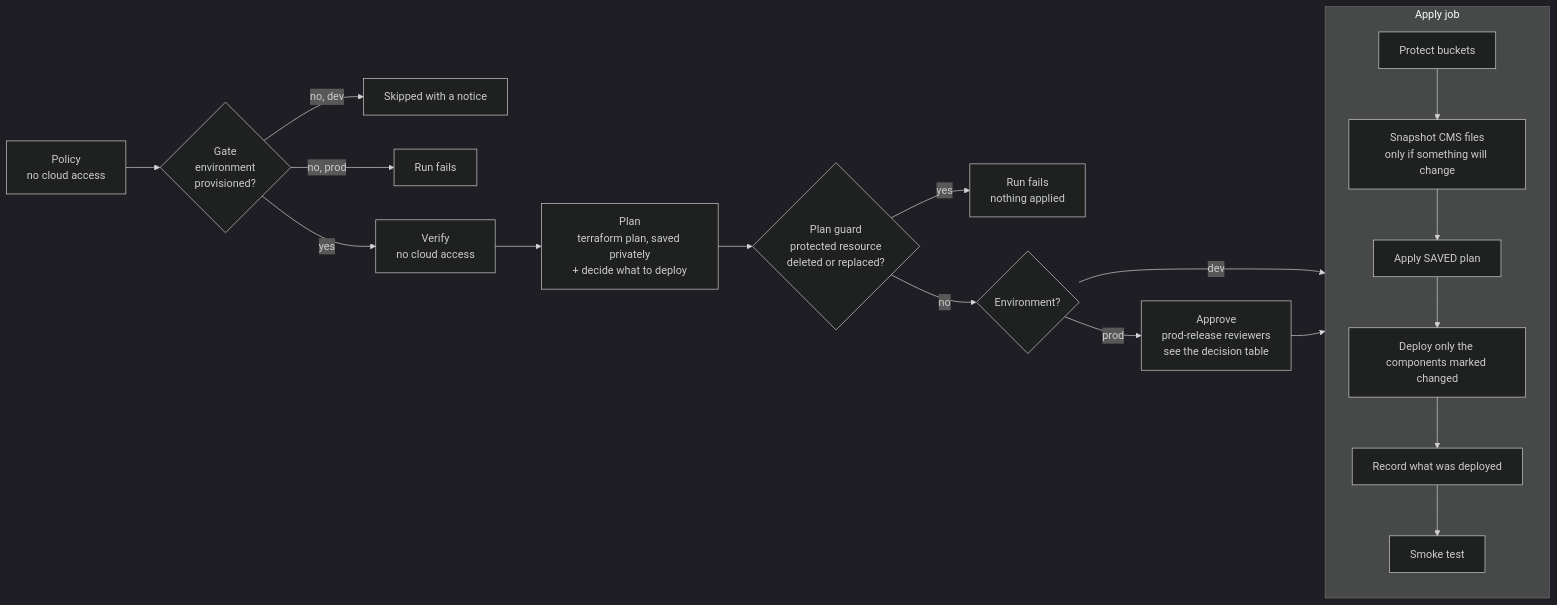
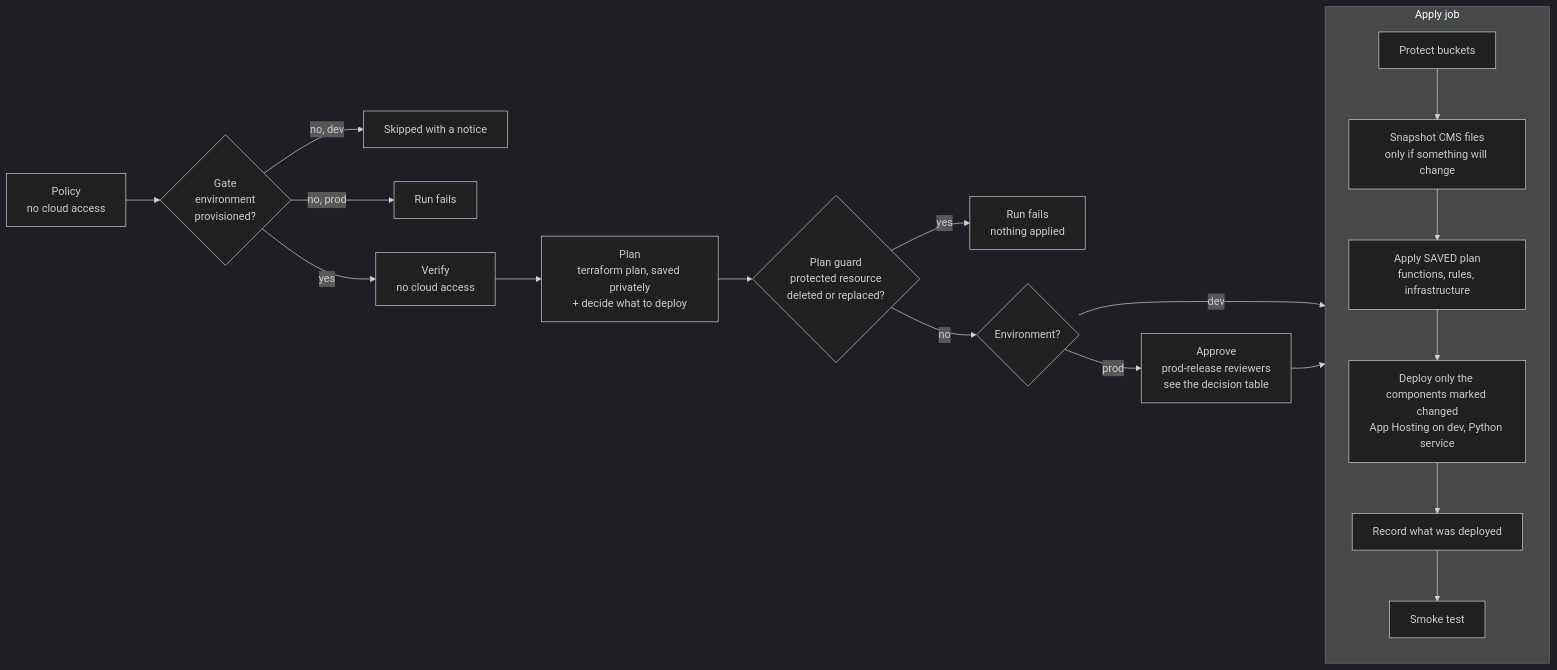
Before and after one commit to AbhirupGhosh92/beatrix.ai: the diagram in docs/DEPLOYMENT.md, drawn with Mermaid (dark theme). The commit also changed other lines of this file and 33 other files, not shown here.

````diff
--- a/docs/DEPLOYMENT.md
+++ b/docs/DEPLOYMENT.md
@@ -58,17 +58,17 @@
 ```mermaid
 flowchart LR
     P[Policy<br/>no cloud access] --> G{Gate<br/>environment<br/>provisioned?}
     G -- no, dev --> S[Skipped with a notice]
     G -- no, prod --> X0[Run fails]
     G -- yes --> A[Verify<br/>no cloud access]
     A --> B[Plan<br/>terraform plan, saved privately<br/>+ decide what to deploy]
     B --> C{Plan guard<br/>protected resource<br/>deleted or replaced?}
     C -- yes --> X[Run fails<br/>nothing applied]
     C -- no --> D{Environment?}
     D -- prod --> E[Approve<br/>prod-release reviewers<br/>see the decision table]
     D -- dev --> F
     E --> F[Apply]
     subgraph F[Apply job]
-      F1[Protect buckets] --> F2[Snapshot CMS files<br/>only if something will change] --> F3[Apply SAVED plan] --> F4[Deploy only the components marked changed] --> F5[Record what was deployed] --> F6[Smoke test]
+      F1[Protect buckets] --> F2[Snapshot CMS files<br/>only if something will change] --> F3[Apply SAVED plan<br/>functions, rules, infrastructure] --> F4[Deploy only the components marked changed<br/>App Hosting on dev, Python service] --> F5[Record what was deployed] --> F6[Smoke test]
     end
 ```
````
